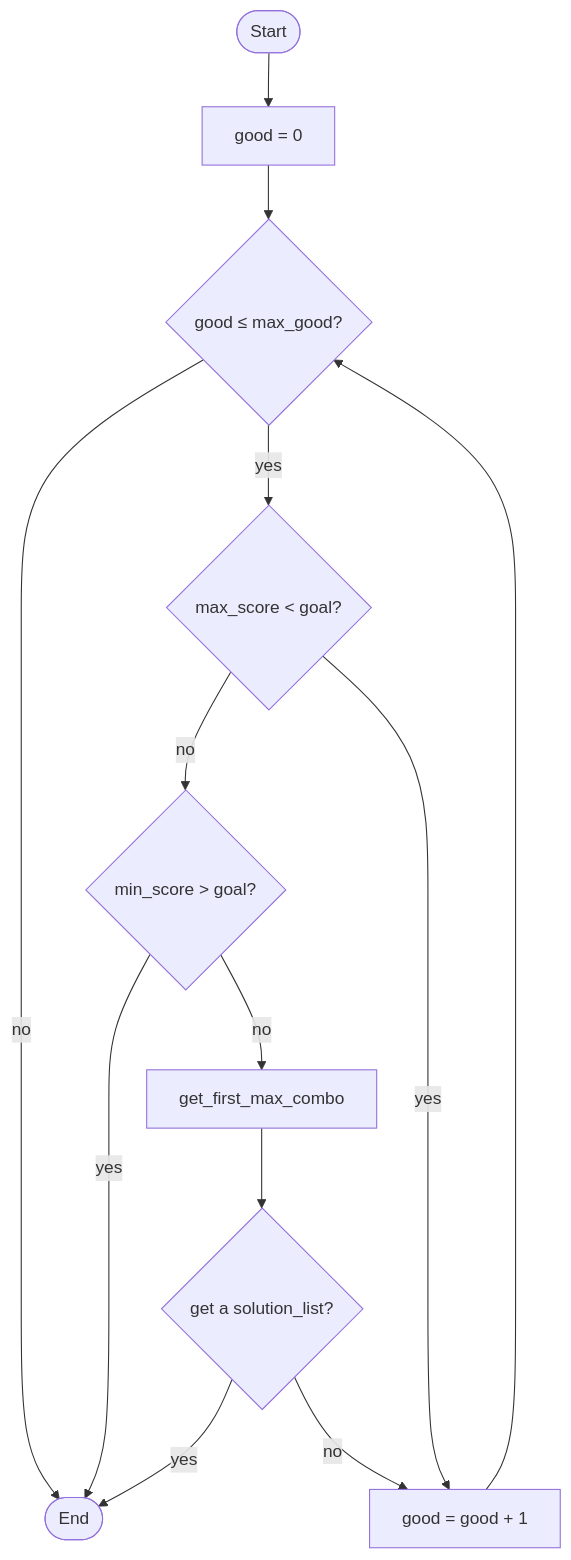
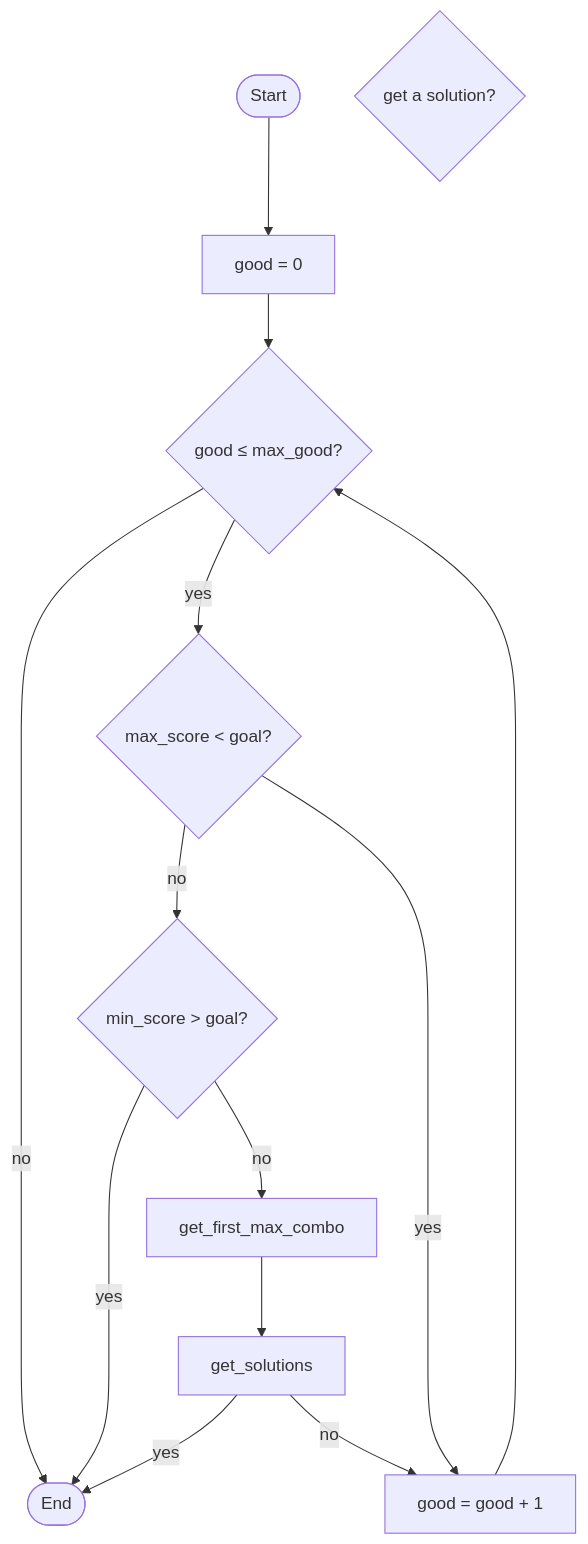
The second of 4 diagrams in README.md (Destruction321/PhigrosScoreCalculator), drawn with Mermaid before and after one commit. The commit also changed other lines of this file, not shown here.

````diff
--- a/README.md
+++ b/README.md
@@ -272,23 +272,23 @@
             ```mermaid
             graph TD
                 Start([Start])
                 init_good[good = 0]
                 check_good{good ≤ max_good?}
                 check_max_score{max_score < goal?}
                 check_min_score{min_score > goal?}
                 get_first_max_combo[get_first_max_combo]
-                get_solutions_list{get a solution_list?}
+                get_solutionst{get a solution?}
                 set_good[good = good + 1]
                 End([End])
 
                 Start --> init_good --> check_good
                 check_good -- no --> End
                 check_good -- yes --> check_max_score
                 check_max_score -- no --> check_min_score
                 check_max_score -- yes --> set_good
                 check_min_score -- yes --> End
-                check_min_score -- no --> get_first_max_combo --> get_solutions_list
-                get_solutions_list -- yes --> End
-                get_solutions_list -- no --> set_good
+                check_min_score -- no --> get_first_max_combo --> get_solutions
+                get_solutions -- yes --> End
+                get_solutions -- no --> set_good
                 set_good --> check_good
             ```
````
